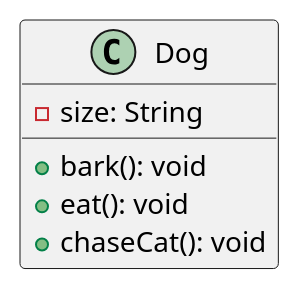
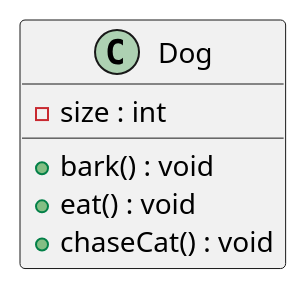
One commit to mahmoudmatar01/SoftwareFundamental-JAVA- changed the first of 13 diagrams in README.md. Above: the diagram before and after it, drawn with PlantUML. The commit also changed other lines of this file, not shown here.

````diff
--- a/README.md
+++ b/README.md
@@ -64,10 +64,11 @@
 ```plantuml
 @startuml
 class Dog {
-  - size: String
-  + bark(): void
-  + eat(): void
-  + chaseCat(): void
+  - size : int      
+
+  + bark() : void
+  + eat() : void     
+  + chaseCat() : void        
 }
 @enduml
-```
+```  
````
